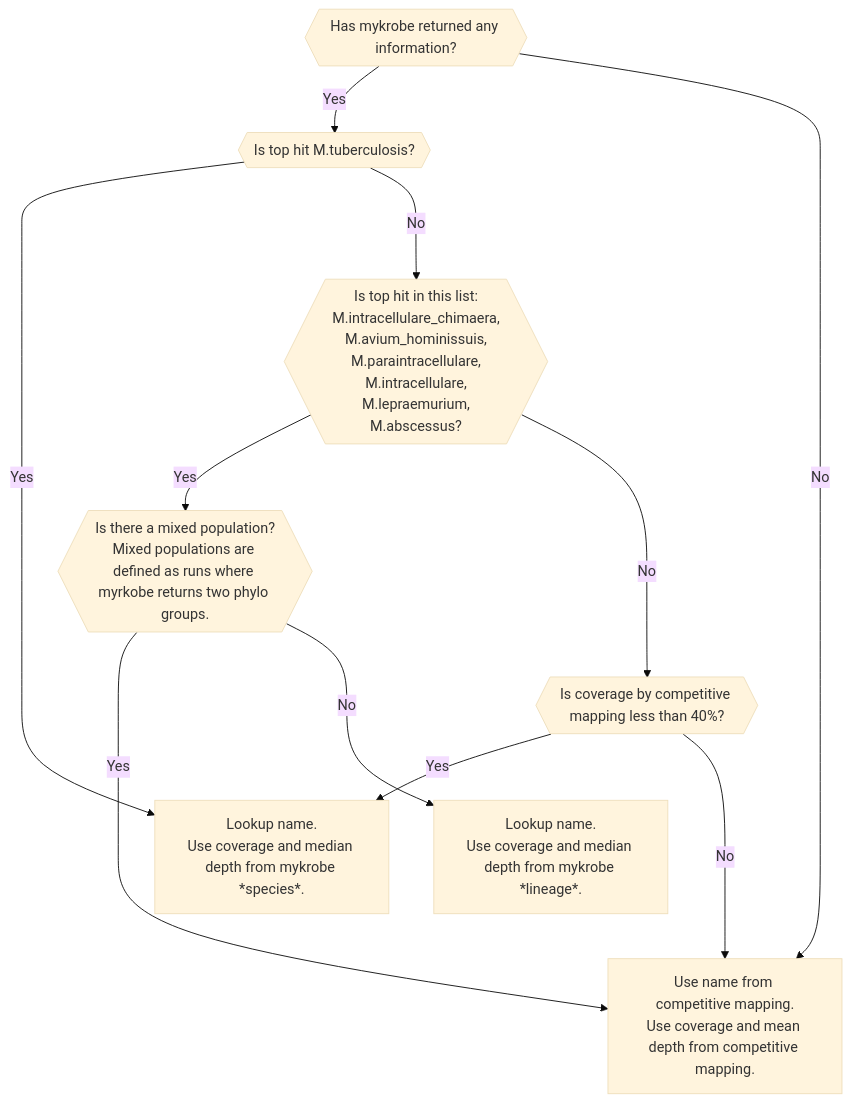
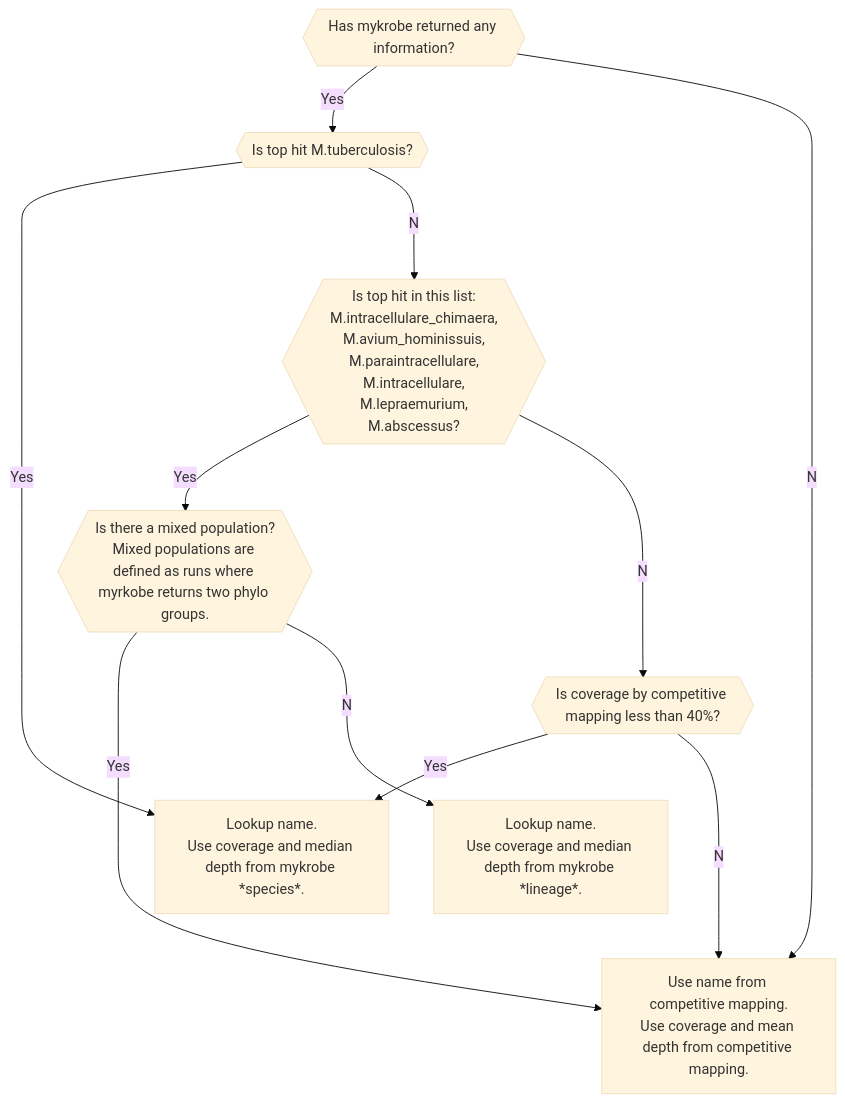
Before and after one commit to softwaremmm/summary_pipeline: the diagram in speciation.md, drawn with Mermaid (base theme).

Commit message:
docs: mermaid correct No

````diff
--- a/speciation.md
+++ b/speciation.md
@@ -21,33 +21,33 @@
 ```mermaid
 graph TD;
     MYKROBE_RETURN{{Has mykrobe returned any information?}};
 
     ALL_CM[Use name from competitive mapping.<br/>Use coverage and mean depth from competitive mapping.];
 
     TOPHIT_TB{{Is top hit M.tuberculosis?}};
 
     MYKROBE_SPECIES[Lookup name.<br/>Use coverage and median depth from mykrobe *species*.];
 
     TOPHIT_SPECIAL_NTM{{Is top hit in this list:<br/>M.intracellulare_chimaera,<br/>M.avium_hominissuis,<br/>M.paraintracellulare,<br/>M.intracellulare,<br/>M.lepraemurium,<br/>M.abscessus?}};
 
     MIXED{{Is there a mixed population?<br/>Mixed populations are defined as runs where myrkobe returns two phylo groups.}};
 
     PROCESS_SPECIAL_NTM_UNMIXED[Lookup name.<br/>Use coverage and median depth from mykrobe *lineage*.];
 
     LOW_COV{{Is coverage by competitive mapping less than 40%?}};
 
     MYKROBE_RETURN--Yes-->TOPHIT_TB;
-    MYKROBE_RETURN--Noo-->ALL_CM;
+    MYKROBE_RETURN--No-->ALL_CM;
 
     TOPHIT_TB--Yes-->MYKROBE_SPECIES;
-    TOPHIT_TB--Noo-->TOPHIT_SPECIAL_NTM;
+    TOPHIT_TB--No-->TOPHIT_SPECIAL_NTM;
 
     TOPHIT_SPECIAL_NTM--Yes-->MIXED;
     MIXED--Yes-->ALL_CM;
-    MIXED--Noo-->PROCESS_SPECIAL_NTM_UNMIXED;
-    TOPHIT_SPECIAL_NTM--Noo-->LOW_COV;
+    MIXED--No-->PROCESS_SPECIAL_NTM_UNMIXED;
+    TOPHIT_SPECIAL_NTM--No-->LOW_COV;
 
     LOW_COV--Yes-->MYKROBE_SPECIES;
-    LOW_COV--Noo-->ALL_CM;
+    LOW_COV--No-->ALL_CM;
 
 ```
````
